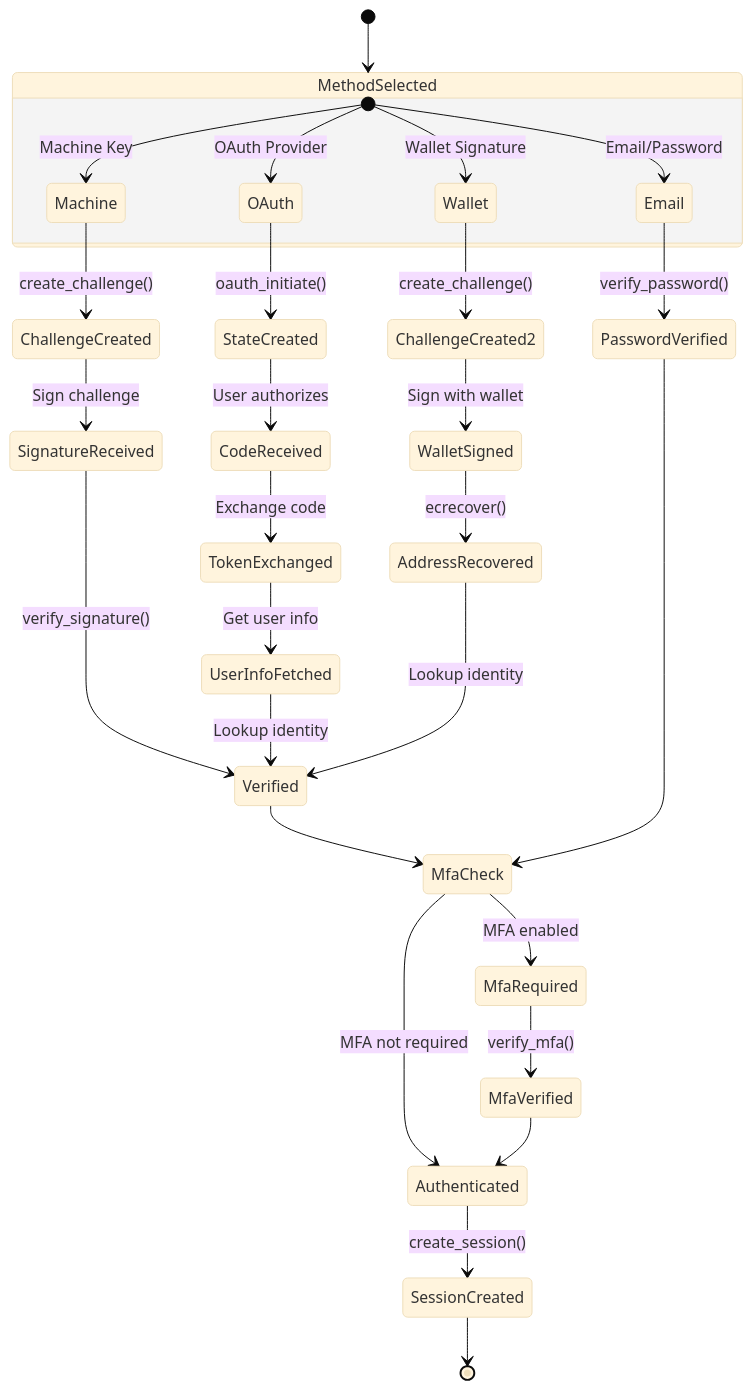
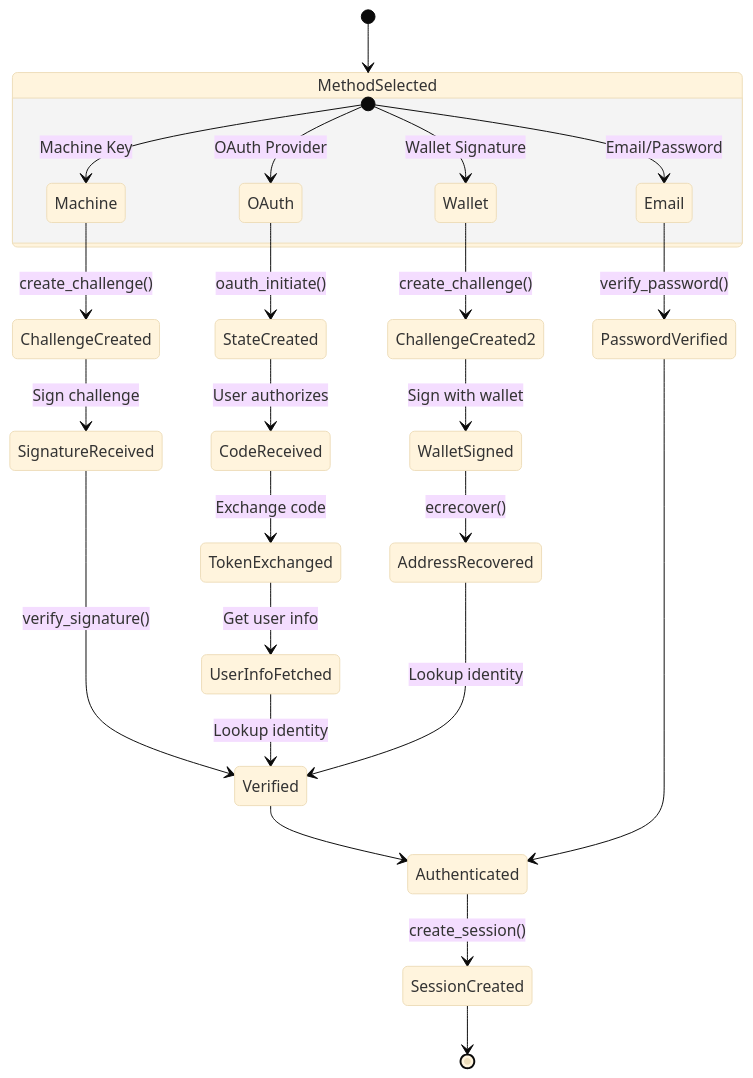
Before and after one commit to cypher-asi/zero-auth: the second of 7 diagrams in docs/spec/v0.1.1/07-methods.md, drawn with Mermaid (base theme). The commit also changed other lines of this file and 126 other files, not shown here.

````diff
--- a/docs/spec/v0.1.1/07-methods.md
+++ b/docs/spec/v0.1.1/07-methods.md
@@ -458,40 +410,34 @@
 ```mermaid
 stateDiagram-v2
     [*] --> MethodSelected
     
     state MethodSelected {
         [*] --> Machine: Machine Key
         [*] --> Email: Email/Password
         [*] --> OAuth: OAuth Provider
         [*] --> Wallet: Wallet Signature
     }
     
     Machine --> ChallengeCreated: create_challenge()
     ChallengeCreated --> SignatureReceived: Sign challenge
     SignatureReceived --> Verified: verify_signature()
     
     Email --> PasswordVerified: verify_password()
     
     OAuth --> StateCreated: oauth_initiate()
     StateCreated --> CodeReceived: User authorizes
     CodeReceived --> TokenExchanged: Exchange code
     TokenExchanged --> UserInfoFetched: Get user info
     UserInfoFetched --> Verified: Lookup identity
     
     Wallet --> ChallengeCreated2: create_challenge()
     ChallengeCreated2 --> WalletSigned: Sign with wallet
     WalletSigned --> AddressRecovered: ecrecover()
     AddressRecovered --> Verified: Lookup identity
     
-    Verified --> MfaCheck
-    PasswordVerified --> MfaCheck
-    
-    MfaCheck --> MfaRequired: MFA enabled
-    MfaCheck --> Authenticated: MFA not required
-    
-    MfaRequired --> MfaVerified: verify_mfa()
-    MfaVerified --> Authenticated
+    Verified --> Authenticated
+    PasswordVerified --> Authenticated
     
     Authenticated --> SessionCreated: create_session()
     SessionCreated --> [*]
 ```
````
